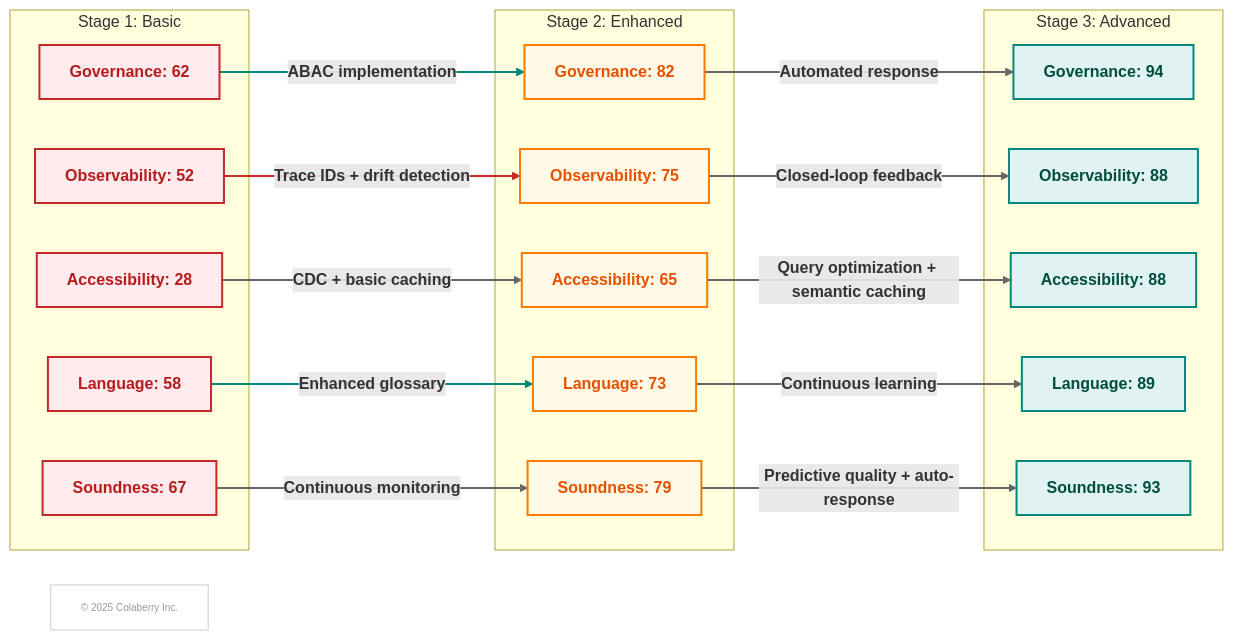
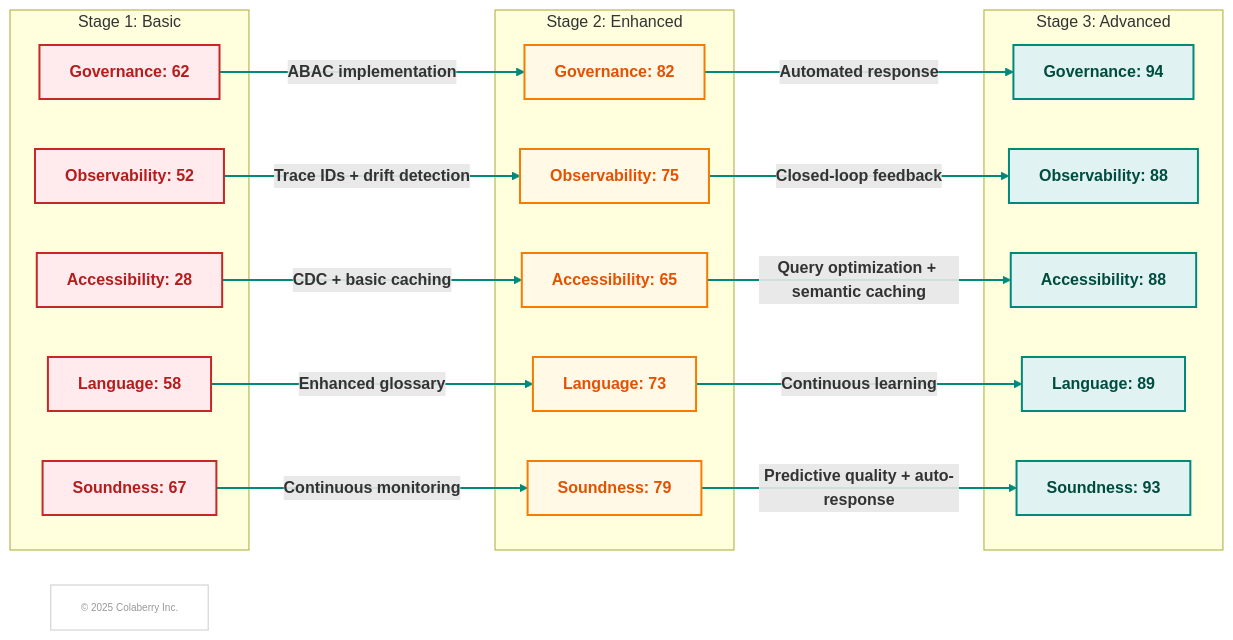
One commit to colaberry/enterprise-data-readiness-ai-agents changed diagram 11 of 11 in chapter-02/chapter_2_complete.md. Above: the diagram before and after it, drawn with Mermaid. The commit also changed other lines of this file, not shown here.

First line of the commit message:
chapter 2 diagrams fixes

````diff
--- a/chapter-02/chapter_2_complete.md
+++ b/chapter-02/chapter_2_complete.md
@@ -1853,73 +1845,73 @@
 ```mermaid
 graph LR
     subgraph "Stage 1: Basic"
         G1["<b>Governance: 62</b>"]
         O1["<b>Observability: 52</b>"]
         A1["<b>Accessibility: 28</b>"]
         L1["<b>Language: 58</b>"]
         S1["<b>Soundness: 67</b>"]
     end
     
     subgraph "Stage 2: Enhanced"
         G2["<b>Governance: 82</b>"]
         O2["<b>Observability: 75</b>"]
         A2["<b>Accessibility: 65</b>"]
         L2["<b>Language: 73</b>"]
         S2["<b>Soundness: 79</b>"]
     end
     
     subgraph "Stage 3: Advanced"
         G3["<b>Governance: 94</b>"]
         O3["<b>Observability: 88</b>"]
         A3["<b>Accessibility: 88</b>"]
         L3["<b>Language: 89</b>"]
         S3["<b>Soundness: 93</b>"]
     end
     
     G1 -->|<b>ABAC implementation</b>| G2
     G2 -->|<b>Automated response</b>| G3
     
     O1 -->|<b>Trace IDs + drift detection</b>| O2
     O2 -->|<b>Closed-loop feedback</b>| O3
     
     A1 -->|<b>CDC + basic caching</b>| A2
     A2 -->|<b>Query optimization + semantic caching</b>| A3
     
     L1 -->|<b>Enhanced glossary</b>| L2
     L2 -->|<b>Continuous learning</b>| L3
     
     S1 -->|<b>Continuous monitoring</b>| S2
     S2 -->|<b>Predictive quality + auto-response</b>| S3
     
     style G1 fill:#ffebee,stroke:#c62828,stroke-width:2px,color:#b71c1c
     style O1 fill:#ffebee,stroke:#c62828,stroke-width:2px,color:#b71c1c
     style A1 fill:#ffebee,stroke:#c62828,stroke-width:2px,color:#b71c1c
     style L1 fill:#ffebee,stroke:#c62828,stroke-width:2px,color:#b71c1c
     style S1 fill:#ffebee,stroke:#c62828,stroke-width:2px,color:#b71c1c
     
     style G2 fill:#fff9e6,stroke:#f57c00,stroke-width:2px,color:#e65100
     style O2 fill:#fff9e6,stroke:#f57c00,stroke-width:2px,color:#e65100
     style A2 fill:#fff9e6,stroke:#f57c00,stroke-width:2px,color:#e65100
     style L2 fill:#fff9e6,stroke:#f57c00,stroke-width:2px,color:#e65100
     style S2 fill:#fff9e6,stroke:#f57c00,stroke-width:2px,color:#e65100
     
     style G3 fill:#e0f2f1,stroke:#00897b,stroke-width:2px,color:#004d40
     style O3 fill:#e0f2f1,stroke:#00897b,stroke-width:2px,color:#004d40
     style A3 fill:#e0f2f1,stroke:#00897b,stroke-width:2px,color:#004d40
     style L3 fill:#e0f2f1,stroke:#00897b,stroke-width:2px,color:#004d40
     style S3 fill:#e0f2f1,stroke:#00897b,stroke-width:2px,color:#004d40
     
 
     linkStyle 0 stroke:#00897b,stroke-width:2px
-    linkStyle 1 stroke:#666666,stroke-width:2px
-    linkStyle 2 stroke:#c62828,stroke-width:2px
-    linkStyle 3 stroke:#666666,stroke-width:2px
-    linkStyle 4 stroke:#666666,stroke-width:2px
-    linkStyle 5 stroke:#666666,stroke-width:2px
+    linkStyle 1 stroke:#00897b,stroke-width:2px
+    linkStyle 2 stroke:#00897b,stroke-width:2px
+    linkStyle 3 stroke:#00897b,stroke-width:2px
+    linkStyle 4 stroke:#00897b,stroke-width:2px
+    linkStyle 5 stroke:#00897b,stroke-width:2px
     linkStyle 6 stroke:#00897b,stroke-width:2px
-    linkStyle 7 stroke:#666666,stroke-width:2px
-    linkStyle 8 stroke:#666666,stroke-width:2px
-    linkStyle 9 stroke:#666666,stroke-width:2px
+    linkStyle 7 stroke:#00897b,stroke-width:2px
+    linkStyle 8 stroke:#00897b,stroke-width:2px
+    linkStyle 9 stroke:#00897b,stroke-width:2px
     COPYRIGHT["© 2025 Colaberry Inc."]
     style COPYRIGHT fill:#ffffff,stroke:#cccccc,stroke-width:1px,color:#999999,font-size:10px
 ```
````
